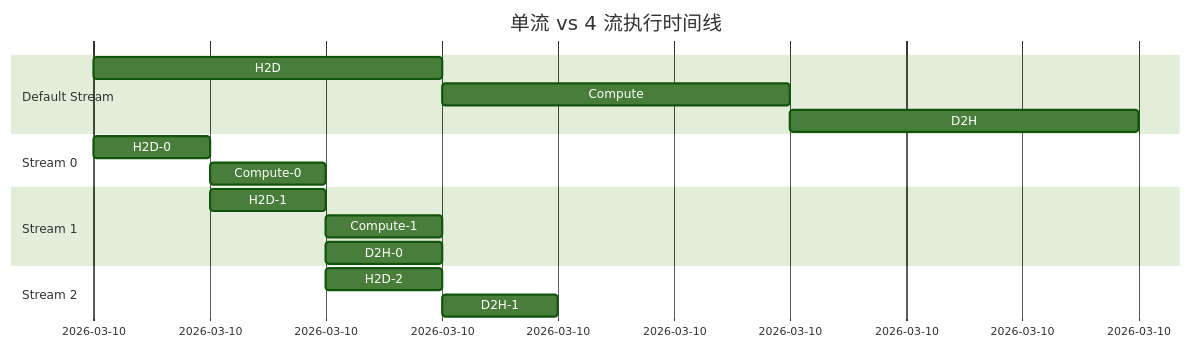
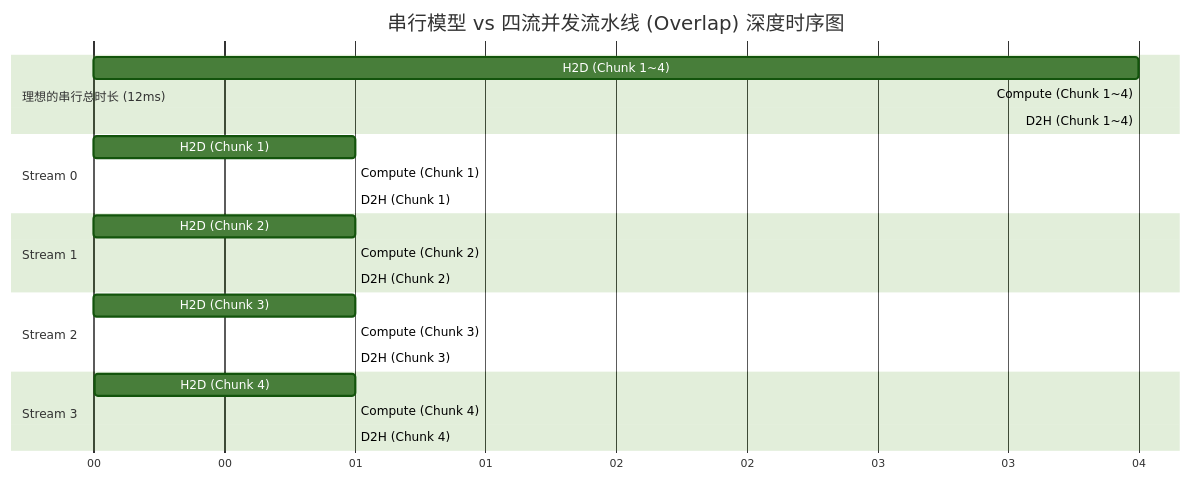
The first of 2 diagrams in Blogs/08_Advanced_CUDAGraphs_Streams_Extensions.md (psmarter/CUDA-Practice), drawn with Mermaid (forest theme) before and after one commit. The commit also changed other lines of this file and 14 other files, not shown here.

````diff
--- a/Blogs/08_Advanced_CUDAGraphs_Streams_Extensions.md
+++ b/Blogs/08_Advanced_CUDAGraphs_Streams_Extensions.md
@@ -21,23 +48,31 @@
 ```mermaid
 gantt
-    dateFormat s
-    title 单流 vs 4 流执行时间线
-
-    section Default Stream
-    H2D :a, 0, 3s
-    Compute :b, 3, 3s
-    D2H :c, 6, 3s
-
+    dateFormat X
+    axisFormat %S
+    title 串行模型 vs 四流并发流水线 (Overlap) 深度时序图
+    
+    section 理想的串行总时长 (12ms)
+    H2D (Chunk 1~4)     :a1, 0, 4
+    Compute (Chunk 1~4)  :a2, after a1, 4
+    D2H (Chunk 1~4)     :a3, after a2, 4
+    
     section Stream 0
-    H2D-0 :d, 0, 1s
-    Compute-0 :e, 1, 1s
-
+    H2D (Chunk 1)       :b1, 0, 1
+    Compute (Chunk 1)    :b2, after b1, 1
+    D2H (Chunk 1)       :b3, after b2, 1
+    
     section Stream 1
-    H2D-1 :f, 1, 1s
-    Compute-1 :g, 2, 1s
-    D2H-0 :h, 2, 1s
+    H2D (Chunk 2)       :c1, 1, 1
+    Compute (Chunk 2)    :c2, after c1, 1
+    D2H (Chunk 2)       :c3, after c2, 1
 
     section Stream 2
-    H2D-2 :i, 2, 1s
-    D2H-1 :j, 3, 1s
+    H2D (Chunk 3)       :d1, 2, 1
+    Compute (Chunk 3)    :d2, after d1, 1
+    D2H (Chunk 3)       :d3, after d2, 1
+
+    section Stream 3
+    H2D (Chunk 4)       :e1, 3, 1
+    Compute (Chunk 4)    :e2, after e1, 1
+    D2H (Chunk 4)       :e3, after e2, 1
 ```
````
